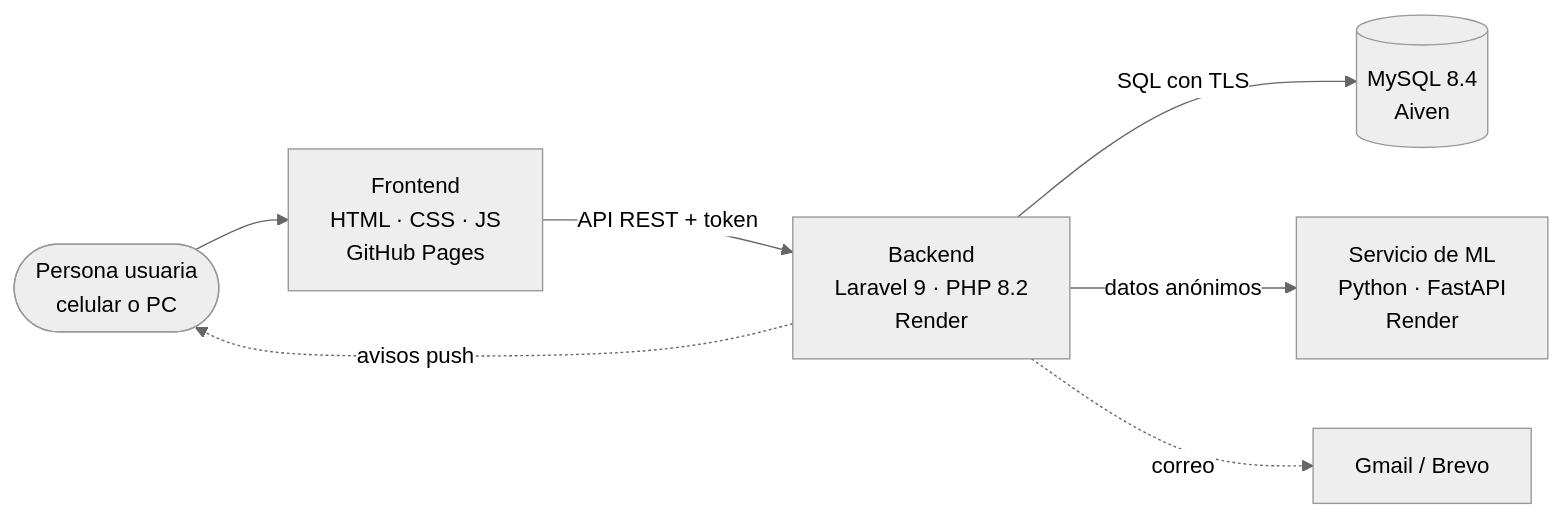
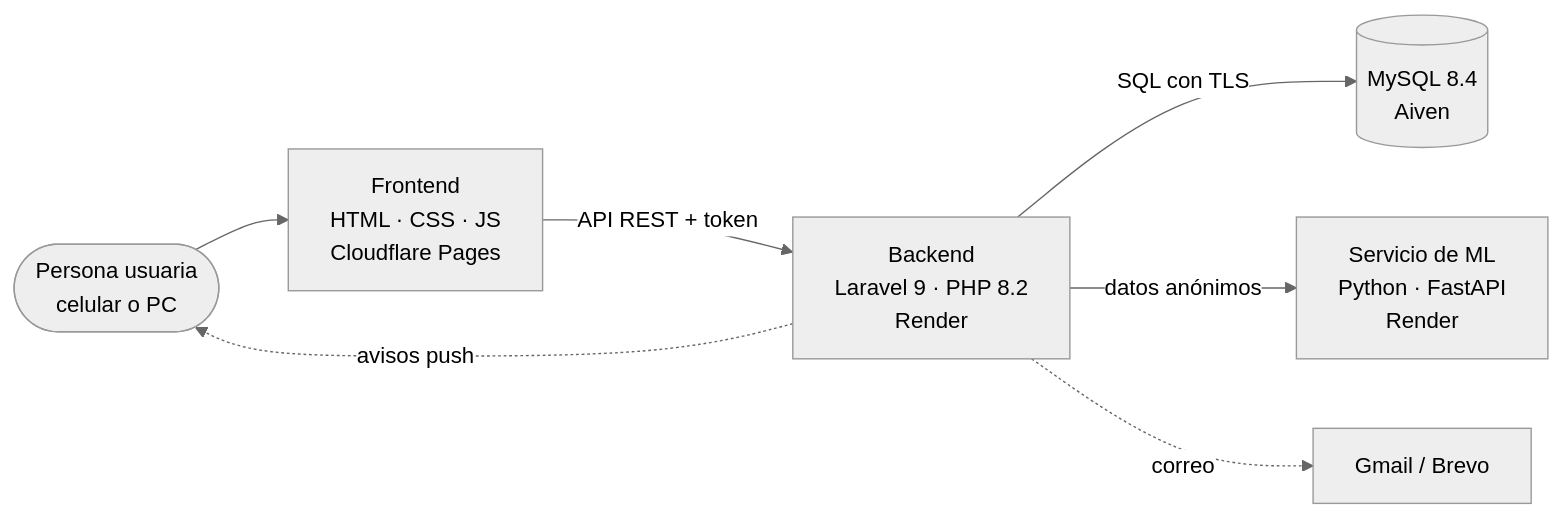
Before and after one commit to jose-14-mvj/Proyecto-De-Sistemas: the diagram in README.md, drawn with Mermaid (neutral theme). The commit also changed other lines of this file and 7 other files, not shown here.

Commit message:
Docs: la app ahora se publica en Cloudflare Pages

````diff
--- a/README.md
+++ b/README.md
@@ -59,9 +59,9 @@
 ```mermaid
 flowchart LR
-    U([Persona usuaria<br>celular o PC]) --> F[Frontend<br>HTML · CSS · JS<br>GitHub Pages]
+    U([Persona usuaria<br>celular o PC]) --> F[Frontend<br>HTML · CSS · JS<br>Cloudflare Pages]
     F -- "API REST + token" --> B[Backend<br>Laravel 9 · PHP 8.2<br>Render]
     B -- "SQL con TLS" --> D[(MySQL 8.4<br>Aiven)]
     B -- "datos anónimos" --> M[Servicio de ML<br>Python · FastAPI<br>Render]
     B -. correo .-> C[Gmail / Brevo]
     B -. avisos push .-> U
 ```
````
